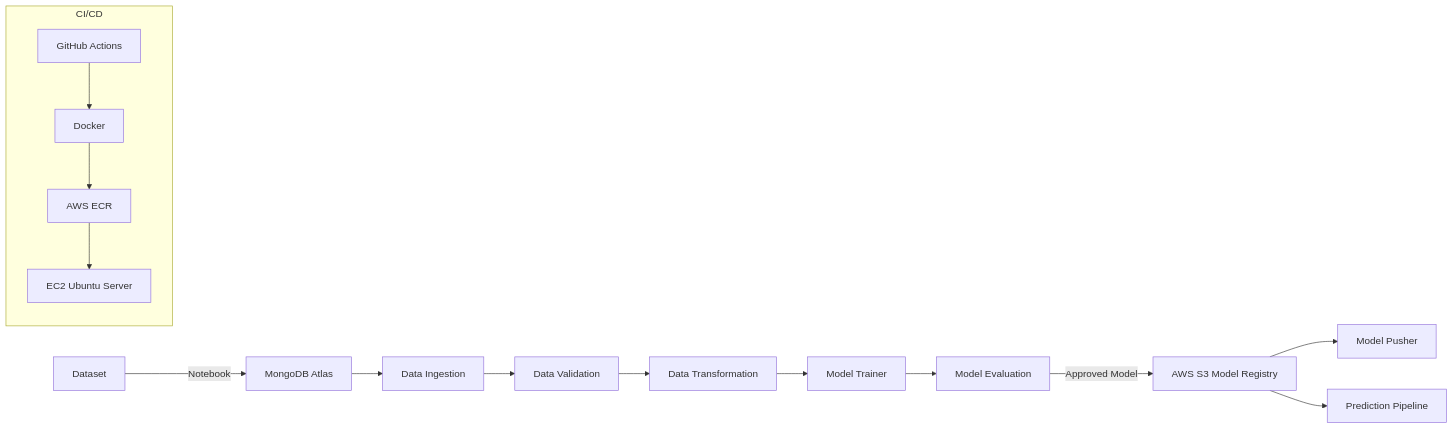
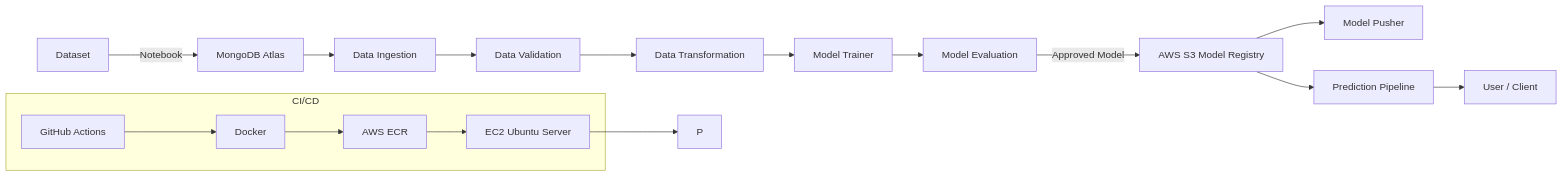
One commit to aarushikankanmeli97/MLOPs-Project-Vehicle-Insurance changed the diagram in README.md. Above: the diagram before and after it, drawn with Mermaid.

````diff
--- a/README.md
+++ b/README.md
@@ -17,27 +17,30 @@
 ```mermaid
+
 flowchart LR
     A[Dataset] -->|Notebook| B[MongoDB Atlas]
 
     B --> C[Data Ingestion]
     C --> D[Data Validation]
     D --> E[Data Transformation]
     E --> F[Model Trainer]
 
     F --> G[Model Evaluation]
     G -->|Approved Model| H[AWS S3 Model Registry]
 
     H --> I[Model Pusher]
     H --> J[Prediction Pipeline]
 
+    J --> K[User / Client]
+
     subgraph CI/CD
-        K[GitHub Actions]
-        L[Docker]
-        M[AWS ECR]
-        N[EC2 Ubuntu Server]
+        L[GitHub Actions]
+        M[Docker]
+        N[AWS ECR]
+        O[EC2 Ubuntu Server]
     end
 
-    K --> L
     L --> M
     M --> N
-
+    N --> O
+    O --> P
 ```
````
